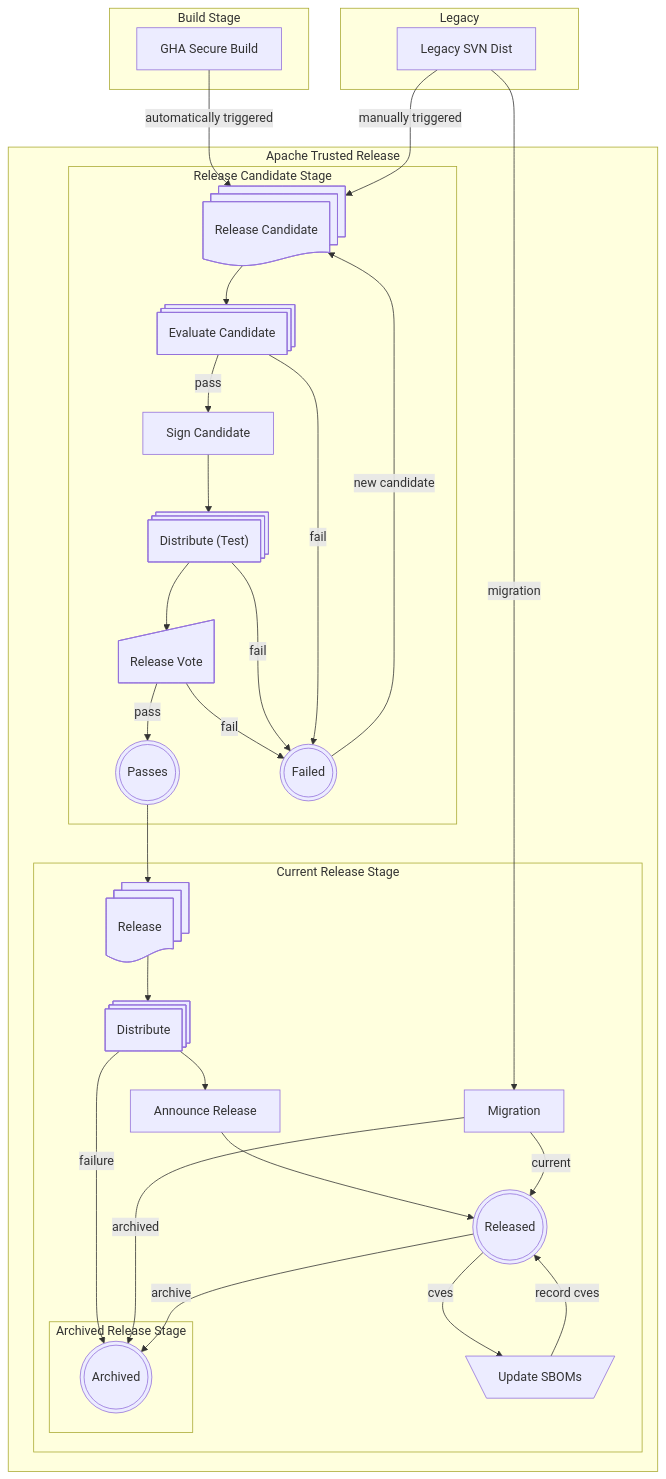
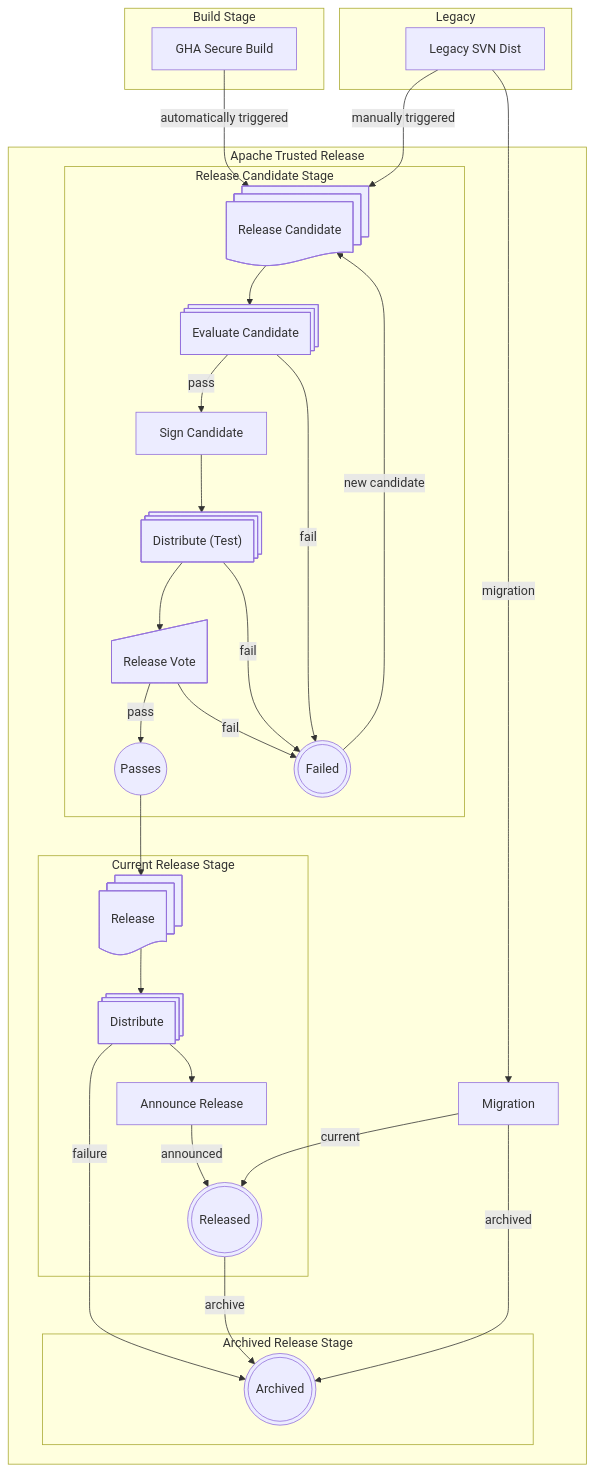
One commit to jbampton/tooling-docs changed the diagram in apache-trusted-release/lifecycle.md. Above: the diagram before and after it, drawn with Mermaid. The commit also changed other lines of this file, not shown here.

Commit message:
Remove CVEs from Lifecycle

````diff
--- a/apache-trusted-release/lifecycle.md
+++ b/apache-trusted-release/lifecycle.md
@@ -11,53 +11,50 @@
 ```mermaid
 flowchart TD
     subgraph Build Stage
     A[GHA Secure Build]
     end
     subgraph Legacy
     B[Legacy SVN Dist]
     end
     subgraph Apache Trusted Release
     C@{ shape: docs, label: "Release Candidate" }
     A -->|automatically triggered| C
     B -->|manually triggered| C
     subgraph Release Candidate Stage
     D@{ shape: processes, label: "Evaluate Candidate" }
     C --> D
     DD@{ shape: process, label: "Sign Candidate" }
     D -->|pass| DD
     GG@{ shape: processes, label: "Distribute (Test)" }
     E@{ shape: sl-rect, label: "Release Vote" }
-    JJJ@{ shape: dbl-circ, label: "Passes" }
+    JJJ@{ shape: circ, label: "Passes" }
     F@{ shape: dbl-circ, label: "Failed" }
     E -->|pass| JJJ
     E -->|fail| F
     GG -->|fail| F
     D -->|fail| F
     F -->|new candidate| C
     DD --> GG
     GG --> E
     end
+    II[Migration]
     subgraph Current Release Stage
     JJ@{ shape: docs, label: "Release" }
     JJJ --> JJ
     G@{ shape: processes, label: "Distribute" }
     G --> I
     I[Announce Release]
-    II[Migration]
-    L@{ shape: trap-t, label: "Update SBOMs" }
+    JJ --> G
     J@{ shape: dbl-circ, label: "Released" }
-    J -->|cves| L
-    L -->|record cves| J
-    JJ --> G
-    I --> J
+    I -->|announced| J
+    end
     B -->|migration| II
     II -->|current| J
     subgraph Archived Release Stage
     K@{ shape: dbl-circ, label: "Archived" }
     end
     G -->|failure| K
+    J -->|archive| K
     II -->|archived| K
-    J -->|archive| K
-    end
     end
 ```
````
